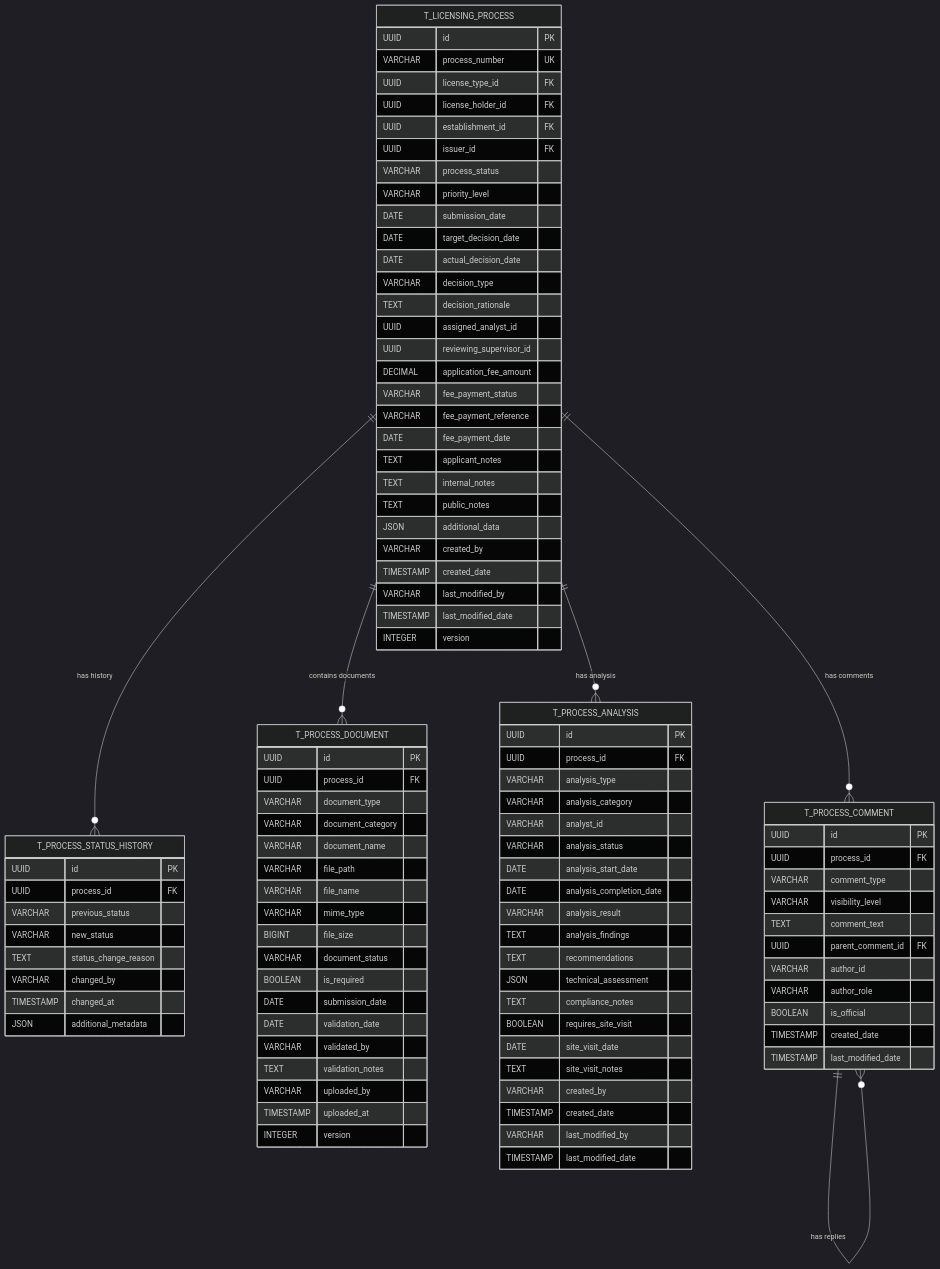
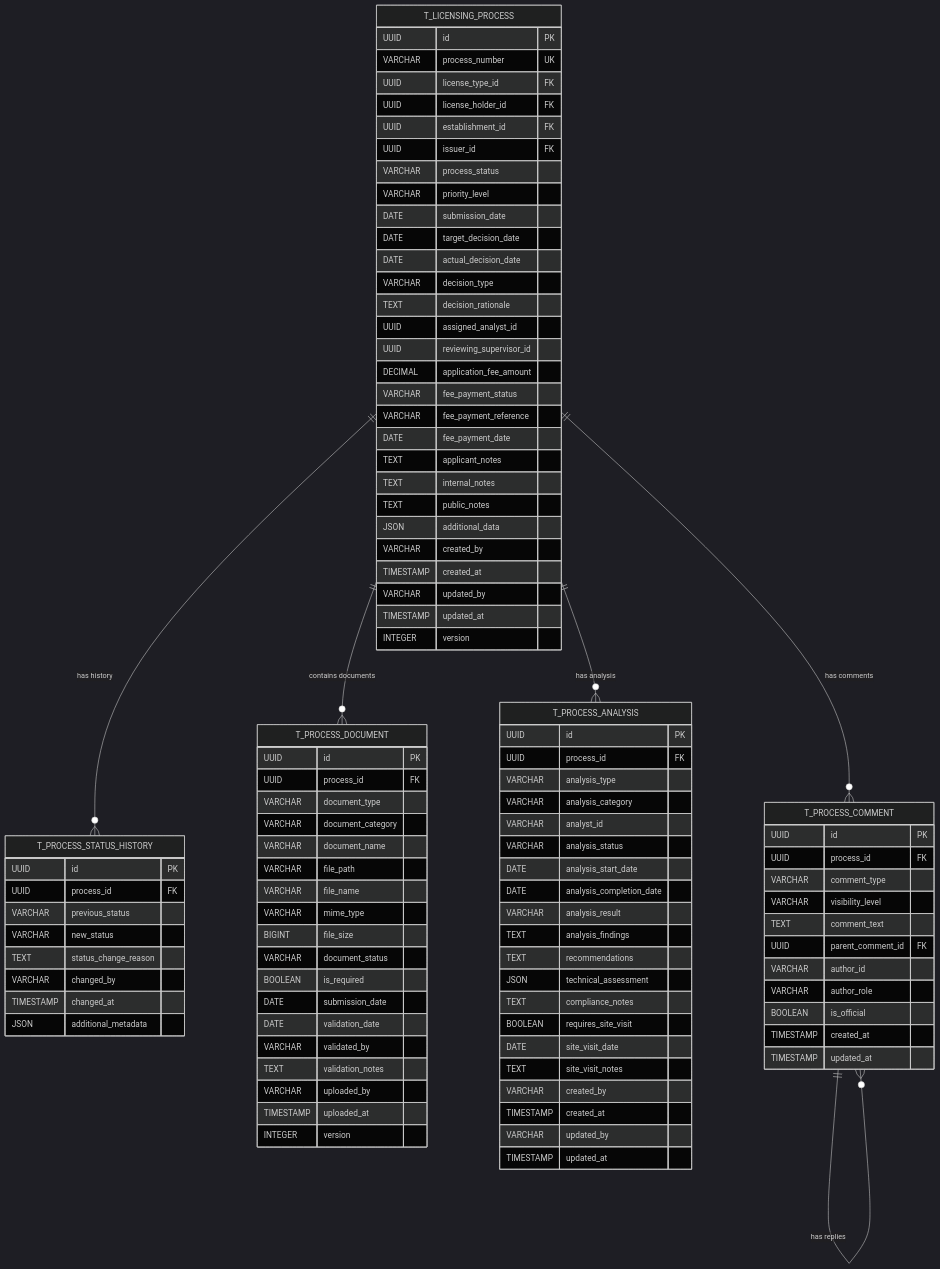
One commit to TA-Digital-CV/licenciamento-backend changed the diagram in .trae/documents/PR02.05-BE-LIC-Gestao-Processos-Licenciamento.md. Above: the diagram before and after it, drawn with Mermaid (dark theme). The commit also changed other lines of this file and 16 other files, not shown here.

First line of the commit message:
Revert "refactor(database): standardize timestamp column names to created_date and last_modified_date"

```diff
--- a/.trae/documents/PR02.05-BE-LIC-Gestao-Processos-Licenciamento.md
+++ b/.trae/documents/PR02.05-BE-LIC-Gestao-Processos-Licenciamento.md
@@ -49,9 +49,9 @@
         TEXT public_notes
         JSON additional_data
         VARCHAR created_by
-        TIMESTAMP created_date
-        VARCHAR last_modified_by
-        TIMESTAMP last_modified_date
+        TIMESTAMP created_at
+        VARCHAR updated_by
+        TIMESTAMP updated_at
         INTEGER version
     }
     
@@ -105,9 +105,9 @@
         DATE site_visit_date
         TEXT site_visit_notes
         VARCHAR created_by
-        TIMESTAMP created_date
-        VARCHAR last_modified_by
-        TIMESTAMP last_modified_date
+        TIMESTAMP created_at
+        VARCHAR updated_by
+        TIMESTAMP updated_at
     }
     
     T_PROCESS_COMMENT {
@@ -120,8 +120,8 @@
         VARCHAR author_id
         VARCHAR author_role
         BOOLEAN is_official
-        TIMESTAMP created_date
-        TIMESTAMP last_modified_date
+        TIMESTAMP created_at
+        TIMESTAMP updated_at
     }
     
     T_LICENSING_PROCESS ||--o{ T_PROCESS_STATUS_HISTORY : "has history"
```
